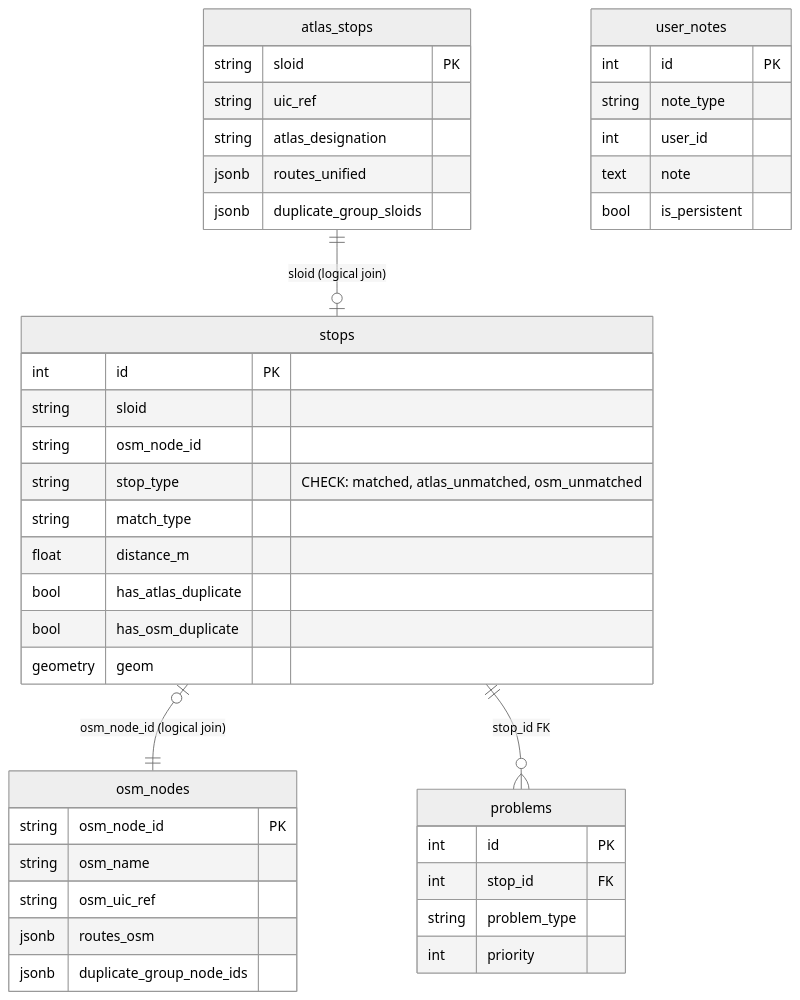
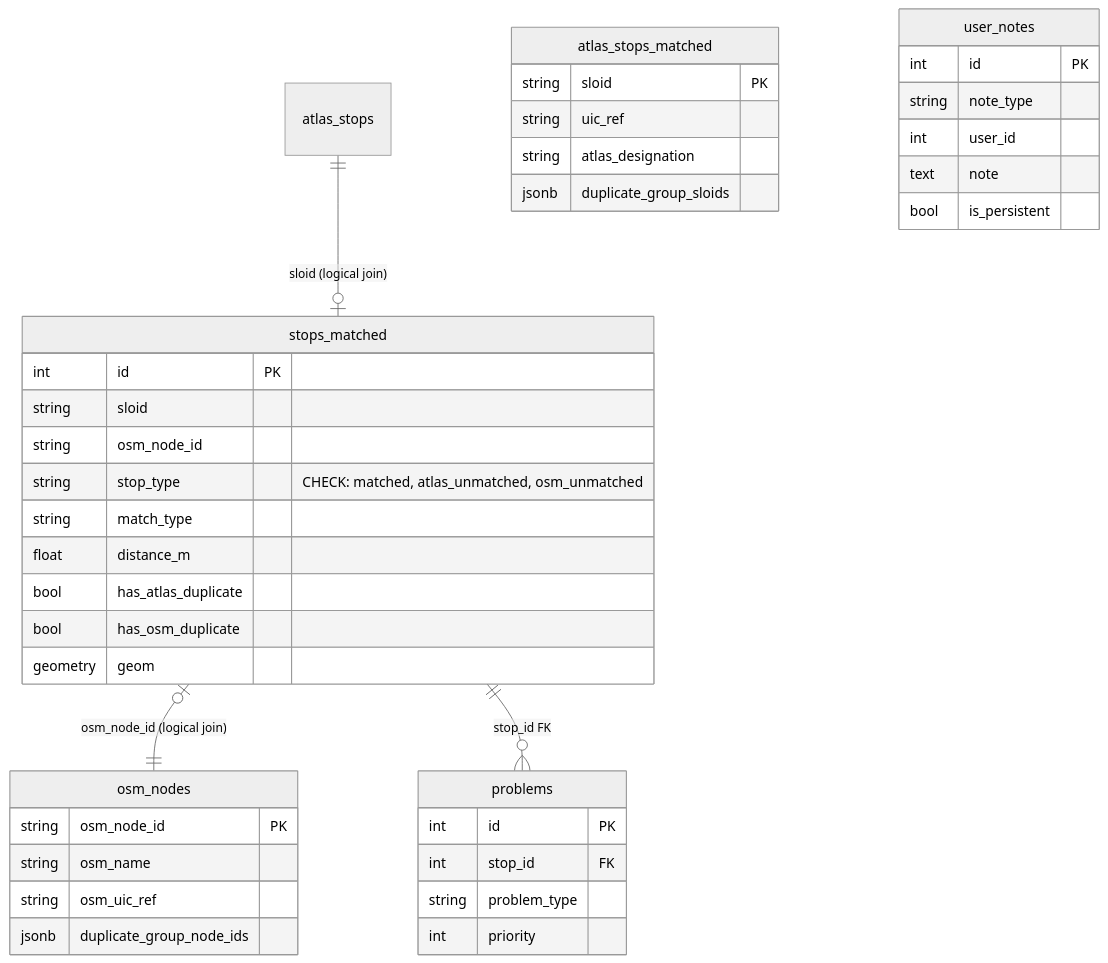
The diagram in documentation/4.1 Import DB Schema.md (openTdataCH/stop_sync_osm_atlas), drawn with Mermaid (neutral theme) before and after one commit. The commit also changed other lines of this file and 44 other files, not shown here.

````diff
--- a/documentation/4.1 Import DB Schema.md
+++ b/documentation/4.1 Import DB Schema.md
@@ -9,49 +9,47 @@
 ```mermaid
 erDiagram
-    atlas_stops ||--o| stops : "sloid (logical join)"
-    stops |o--|| osm_nodes : "osm_node_id (logical join)"
-    stops ||--o{ problems : "stop_id FK"
+    atlas_stops ||--o| stops_matched : "sloid (logical join)"
+    stops_matched |o--|| osm_nodes : "osm_node_id (logical join)"
+    stops_matched ||--o{ problems : "stop_id FK"
 
-    stops {
+    stops_matched {
         int id PK
         string sloid
         string osm_node_id
         string stop_type "CHECK: matched, atlas_unmatched, osm_unmatched"
         string match_type
         float distance_m
         bool has_atlas_duplicate
         bool has_osm_duplicate
         geometry geom
     }
 
-    atlas_stops {
+    atlas_stops_matched {
         string sloid PK
         string uic_ref
         string atlas_designation
-        jsonb routes_unified
         jsonb duplicate_group_sloids
     }
 
     osm_nodes {
         string osm_node_id PK
         string osm_name
         string osm_uic_ref
-        jsonb routes_osm
         jsonb duplicate_group_node_ids
     }
 
     problems {
         int id PK
         int stop_id FK
         string problem_type
         int priority
     }
 
     user_notes {
         int id PK
         string note_type
         int user_id
         text note
         bool is_persistent
     }
 ```
````
